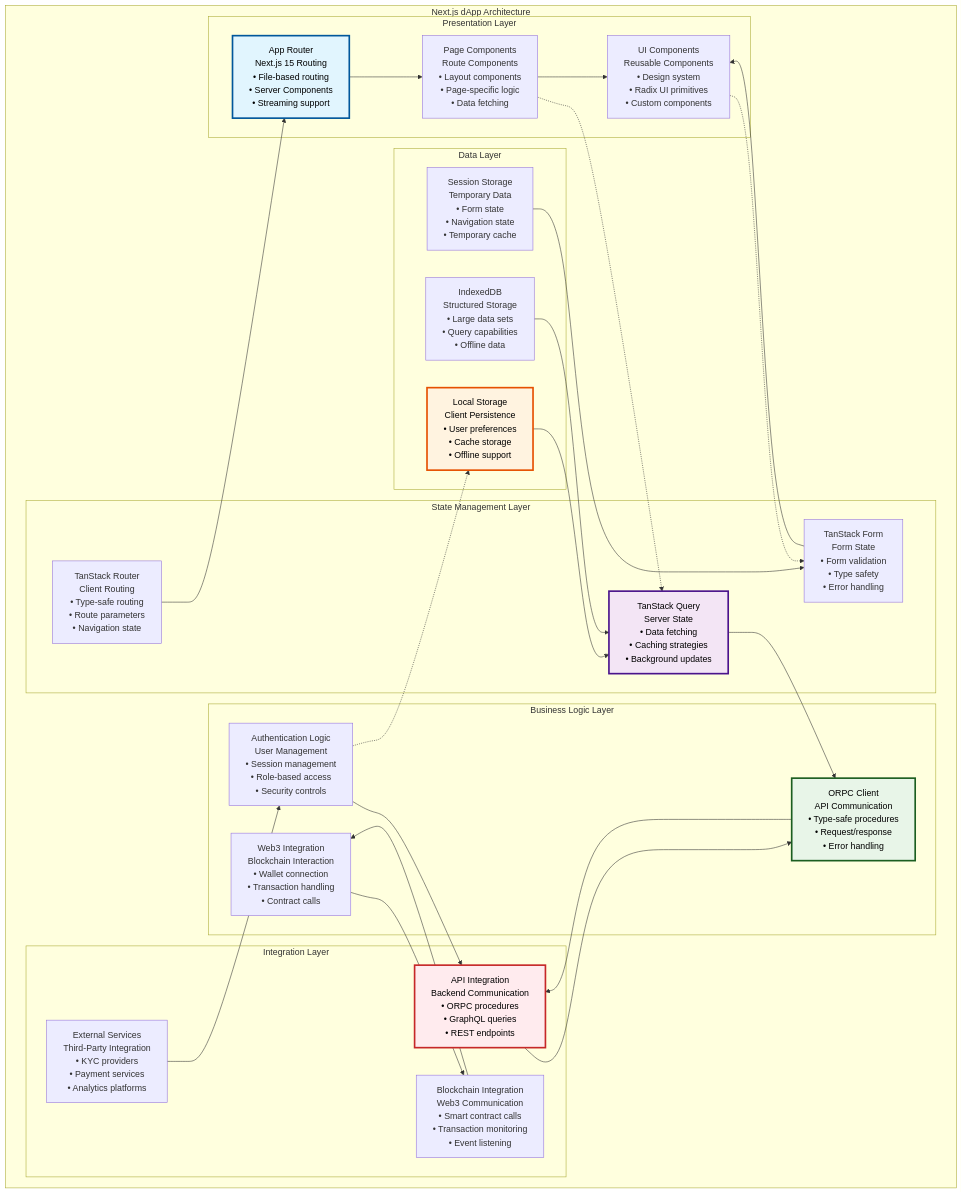
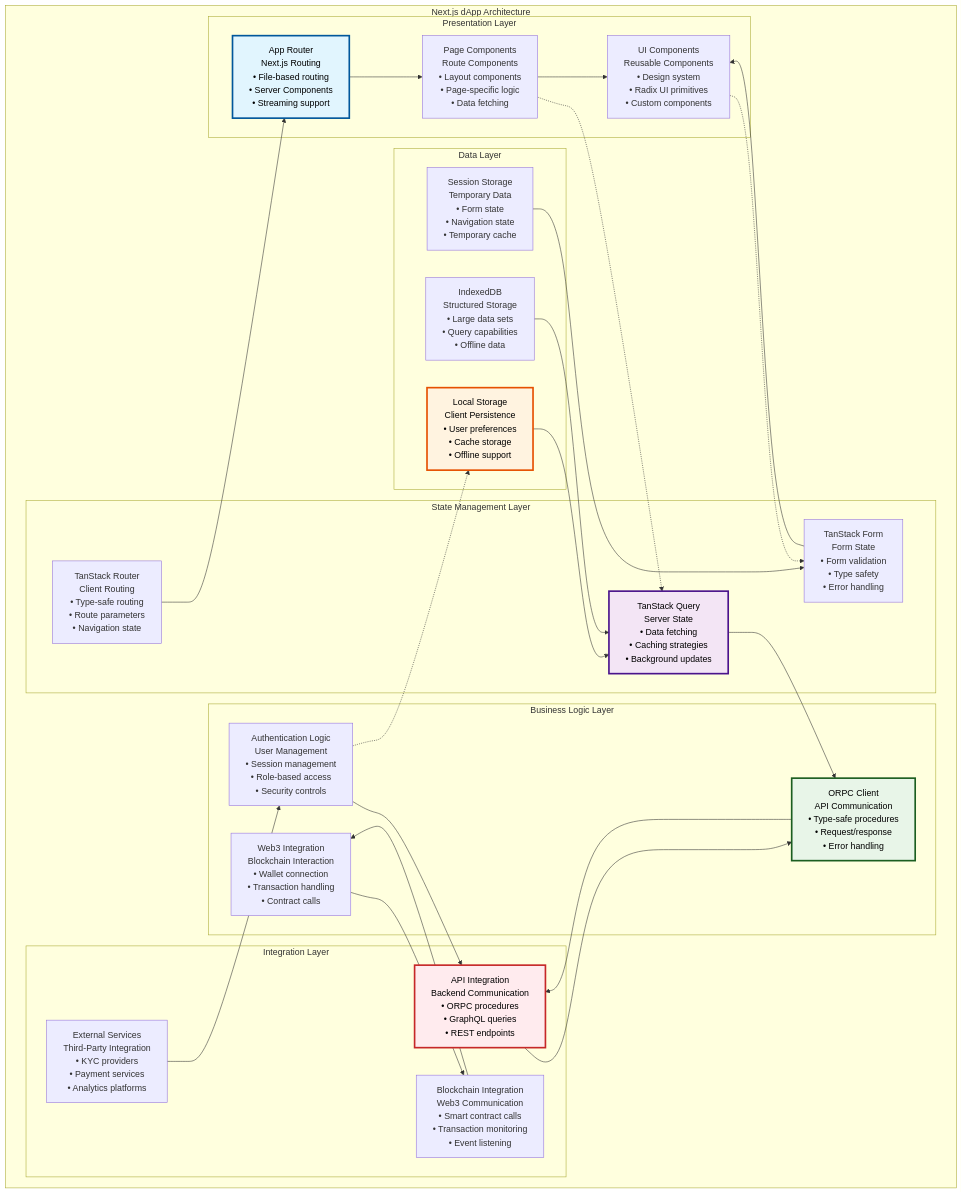
Before and after one commit to settlemint/asset-tokenization-kit: the first of 6 diagrams in kit/docs/content/docs/11-nextjs-dapp-architecture.md, drawn with Mermaid. The commit also changed other lines of this file and 8 other files, not shown here.

````diff
--- a/kit/docs/content/docs/11-nextjs-dapp-architecture.md
+++ b/kit/docs/content/docs/11-nextjs-dapp-architecture.md
@@ -30,80 +30,80 @@
 ```mermaid
 graph TB
     subgraph "Next.js dApp Architecture"
         subgraph "Presentation Layer"
-            AppRouter[App Router<br/>Next.js 15 Routing<br/>• File-based routing<br/>• Server Components<br/>• Streaming support]
+            AppRouter[App Router<br/>Next.js Routing<br/>• File-based routing<br/>• Server Components<br/>• Streaming support]
             
             PageComponents[Page Components<br/>Route Components<br/>• Layout components<br/>• Page-specific logic<br/>• Data fetching]
             
             UIComponents[UI Components<br/>Reusable Components<br/>• Design system<br/>• Radix UI primitives<br/>• Custom components]
         end
         
         subgraph "State Management Layer"
             TanStackQuery[TanStack Query<br/>Server State<br/>• Data fetching<br/>• Caching strategies<br/>• Background updates]
             
             TanStackForm[TanStack Form<br/>Form State<br/>• Form validation<br/>• Type safety<br/>• Error handling]
             
             TanStackRouter[TanStack Router<br/>Client Routing<br/>• Type-safe routing<br/>• Route parameters<br/>• Navigation state]
         end
         
         subgraph "Business Logic Layer"
             ORPCClient[ORPC Client<br/>API Communication<br/>• Type-safe procedures<br/>• Request/response<br/>• Error handling]
             
             Web3Integration[Web3 Integration<br/>Blockchain Interaction<br/>• Wallet connection<br/>• Transaction handling<br/>• Contract calls]
             
             AuthenticationLogic[Authentication Logic<br/>User Management<br/>• Session management<br/>• Role-based access<br/>• Security controls]
         end
         
         subgraph "Data Layer"
             LocalStorage[Local Storage<br/>Client Persistence<br/>• User preferences<br/>• Cache storage<br/>• Offline support]
             
             SessionStorage[Session Storage<br/>Temporary Data<br/>• Form state<br/>• Navigation state<br/>• Temporary cache]
             
             IndexedDB[IndexedDB<br/>Structured Storage<br/>• Large data sets<br/>• Query capabilities<br/>• Offline data]
         end
         
         subgraph "Integration Layer"
             APIIntegration[API Integration<br/>Backend Communication<br/>• ORPC procedures<br/>• GraphQL queries<br/>• REST endpoints]
             
             BlockchainIntegration[Blockchain Integration<br/>Web3 Communication<br/>• Smart contract calls<br/>• Transaction monitoring<br/>• Event listening]
             
             ExternalServices[External Services<br/>Third-Party Integration<br/>• KYC providers<br/>• Payment services<br/>• Analytics platforms]
         end
     end
     
     %% Presentation layer flow
     AppRouter --> PageComponents
     PageComponents --> UIComponents
     
     %% State management integration
     TanStackQuery --> ORPCClient
     TanStackForm --> UIComponents
     TanStackRouter --> AppRouter
     
     %% Business logic integration
     ORPCClient --> APIIntegration
     Web3Integration --> BlockchainIntegration
     AuthenticationLogic --> APIIntegration
     
     %% Data layer integration
     LocalStorage --> TanStackQuery
     SessionStorage --> TanStackForm
     IndexedDB --> TanStackQuery
     
     %% Integration layer
     APIIntegration --> ORPCClient
     BlockchainIntegration --> Web3Integration
     ExternalServices --> AuthenticationLogic
     
     %% Cross-layer connections
     PageComponents -.-> TanStackQuery
     UIComponents -.-> TanStackForm
     AuthenticationLogic -.-> LocalStorage
     
     %% Styling
     style AppRouter fill:#e1f5fe,stroke:#01579b,color:#000000,stroke-width:3px
     style TanStackQuery fill:#f3e5f5,stroke:#4a148c,color:#000000,stroke-width:3px
     style ORPCClient fill:#e8f5e8,stroke:#1b5e20,color:#000000,stroke-width:3px
     style LocalStorage fill:#fff3e0,stroke:#e65100,color:#000000,stroke-width:3px
     style APIIntegration fill:#ffebee,stroke:#c62828,color:#000000,stroke-width:3px
 ```
````
